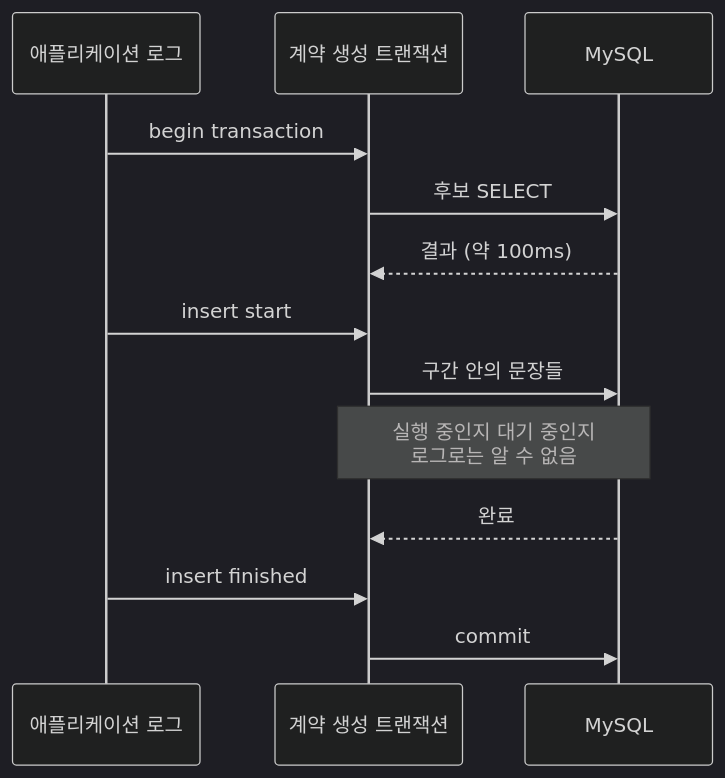
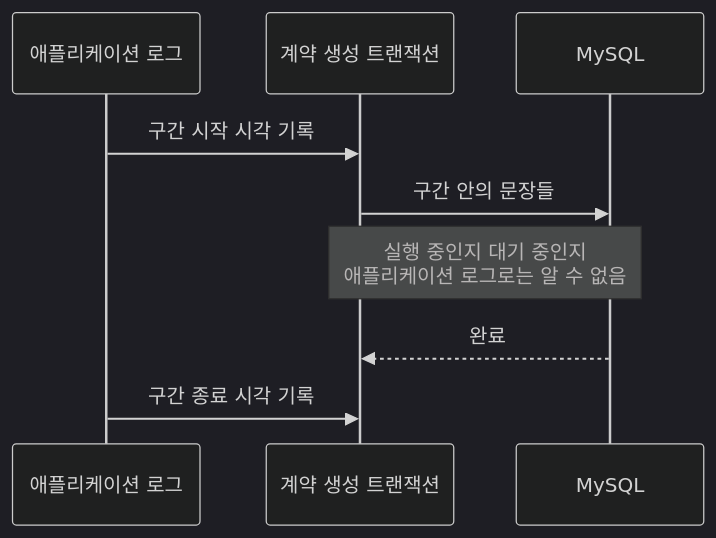
The second of 2 diagrams in _posts/notes/common/2026-01-03-sequence-part1.md (polynomeer/polynomeer.github.io), drawn with Mermaid (dark theme) before and after one commit. The commit also changed other lines of this file, not shown here.

Commit message:
docs(notes): drop the unrecorded insert tuning episode from sequence part 1

````diff
--- a/_posts/notes/common/2026-01-03-sequence-part1.md
+++ b/_posts/notes/common/2026-01-03-sequence-part1.md
@@ -127,15 +89,11 @@
 ```mermaid
 sequenceDiagram
     participant App as 애플리케이션 로그
     participant Tx as 계약 생성 트랜잭션
     participant DB as MySQL
-    App->>Tx: begin transaction
-    Tx->>DB: 후보 SELECT
-    DB-->>Tx: 결과 (약 100ms)
-    App->>Tx: insert start
+    App->>Tx: 구간 시작 시각 기록
     Tx->>DB: 구간 안의 문장들
-    Note over Tx,DB: 실행 중인지 대기 중인지<br/>로그로는 알 수 없음
+    Note over Tx,DB: 실행 중인지 대기 중인지<br/>애플리케이션 로그로는 알 수 없음
     DB-->>Tx: 완료
-    App->>Tx: insert finished
-    Tx->>DB: commit
+    App->>Tx: 구간 종료 시각 기록
 ```
````
